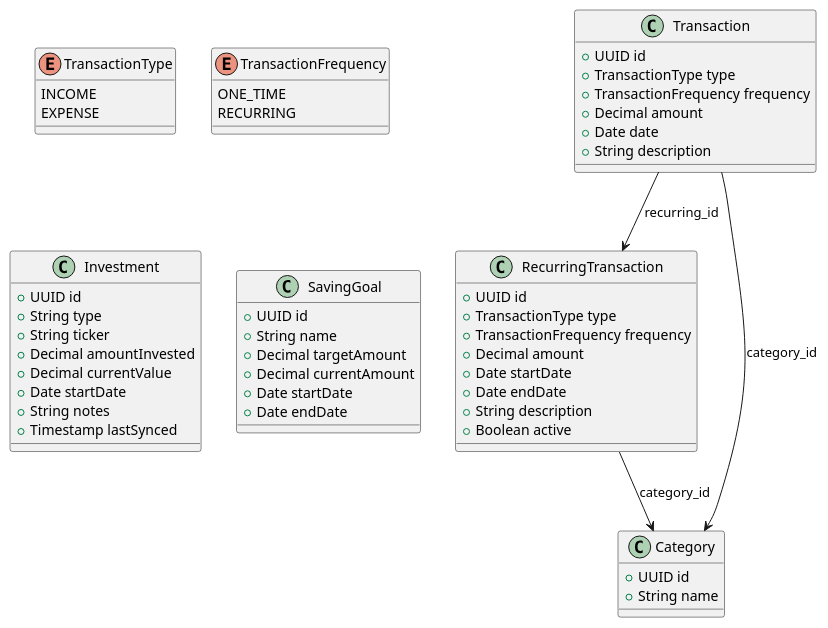
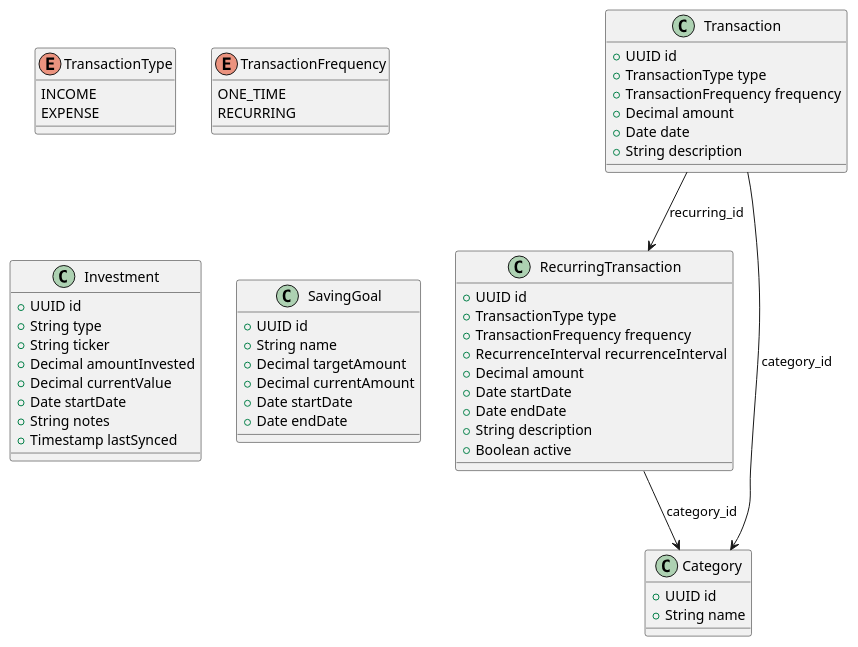
The diagram in docs/DomainModel/DomainModel.puml (1191830/myfinance), drawn with PlantUML before and after one commit. The commit also changed 2 other files, not shown here.

Commit message:
docs: update CLAUDE.md, schema, domain model — recurrence engine done
Status/Roadmap reflect the finished recurrence engine (item 1 done,
Definições now item 1); schema.sql and DomainModel.puml gain
recurrence_interval alongside the migration that added it.

Claude-Session: https://claude.ai/code/session_01MeivcDLdehiedcjedjm9gZ

```diff
--- a/docs/DomainModel/DomainModel.puml
+++ b/docs/DomainModel/DomainModel.puml
@@ -1,65 +1,66 @@
 @startuml
 
 ' Define Enums
 enum TransactionType {
   INCOME
   EXPENSE
 }
 
 enum TransactionFrequency {
   ONE_TIME
   RECURRING
 }
 
 ' Define Classes
 class Transaction {
   +UUID id
   +TransactionType type
   +TransactionFrequency frequency
   +Decimal amount
   +Date date
   +String description
 }
 
 class RecurringTransaction {
   +UUID id
   +TransactionType type
   +TransactionFrequency frequency
+  +RecurrenceInterval recurrenceInterval
   +Decimal amount
   +Date startDate
   +Date endDate
   +String description
   +Boolean active
 }
 
 class Category {
   +UUID id
   +String name
 }
 
 class Investment {
   +UUID id
   +String type
   +String ticker
   +Decimal amountInvested
   +Decimal currentValue
   +Date startDate
   +String notes
   +Timestamp lastSynced
 }
 
 class SavingGoal {
   +UUID id
   +String name
   +Decimal targetAmount
   +Decimal currentAmount
   +Date startDate
   +Date endDate
 }
 
 ' Relationships
 Transaction --> RecurringTransaction : recurring_id
 Transaction --> Category : category_id
 RecurringTransaction --> Category : category_id
 
 @enduml
```
